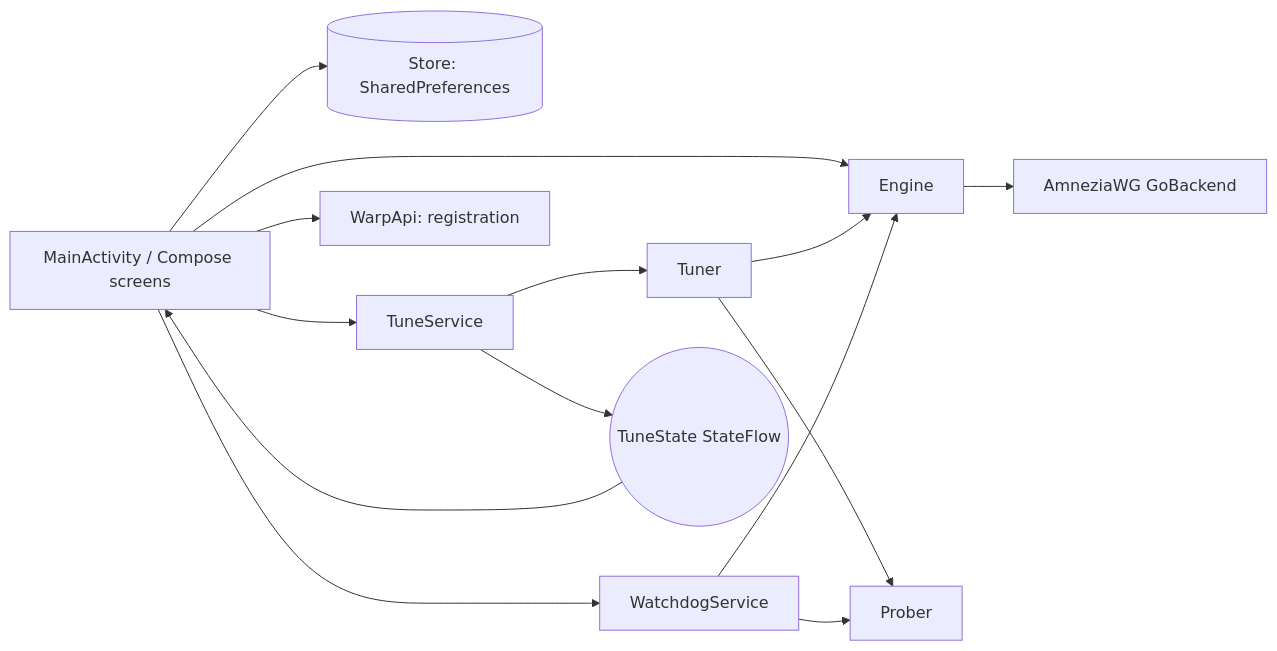
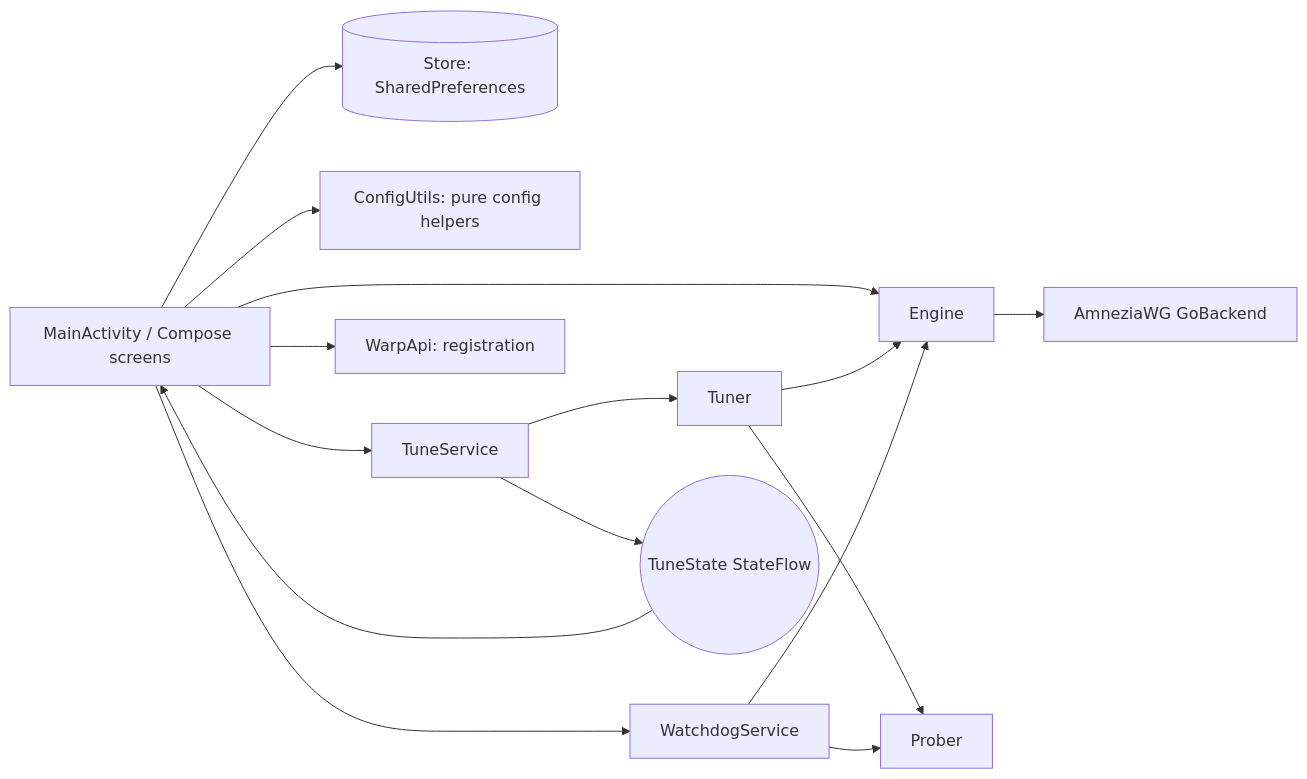
The diagram in README.md (Nikiiita2007/WarpTuner), drawn with Mermaid before and after one commit. The commit also changed other lines of this file and 1 other file, not shown here.

Commit message:
docs: add MIT license; update README architecture, roadmap and license sections

````diff
--- a/README.md
+++ b/README.md
@@ -32,15 +33,16 @@
 ```mermaid
 flowchart LR
   UI[MainActivity / Compose screens] --> Store[(Store: SharedPreferences)]
+  UI --> ConfigUtils[ConfigUtils: pure config helpers]
   UI --> TuneService
   UI --> WatchdogService
   UI --> Engine
   UI --> WarpApi[WarpApi: registration]
   TuneService --> Tuner --> Prober
   Tuner --> Engine
   WatchdogService --> Engine
   WatchdogService --> Prober
   Engine --> GoBackend[AmneziaWG GoBackend]
   TuneService --> TuneState((TuneState StateFlow))
   TuneState --> UI
 ```
````
